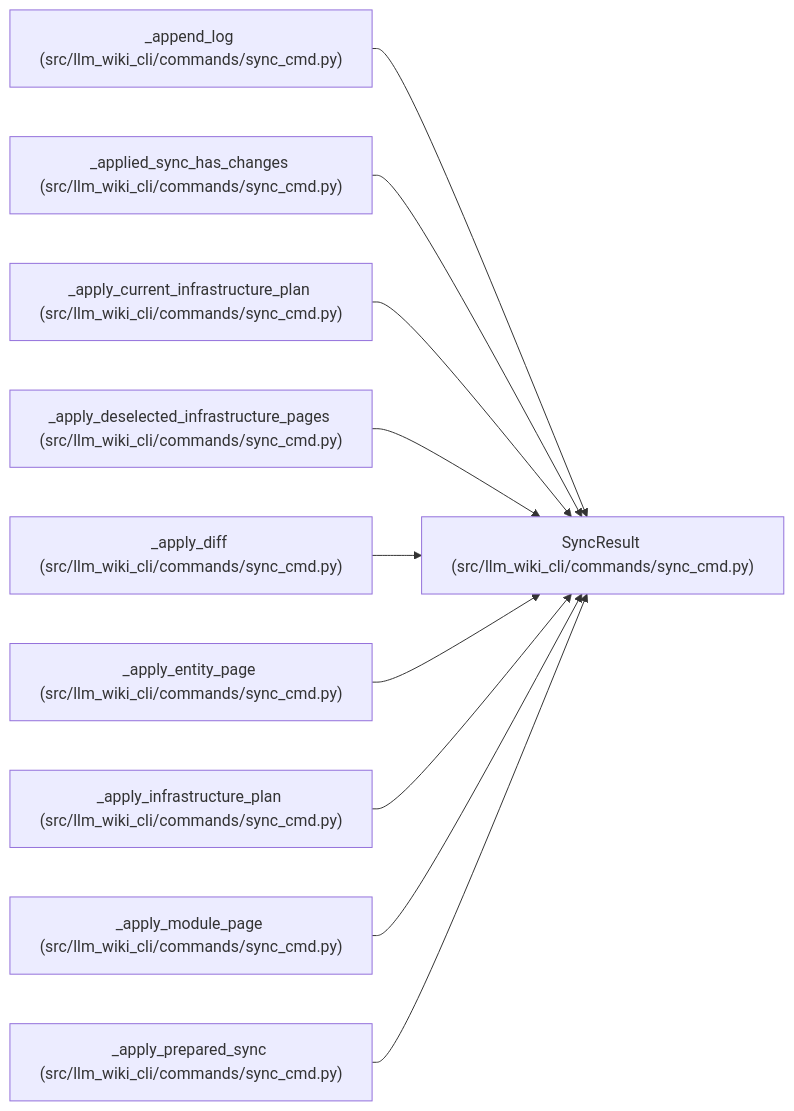
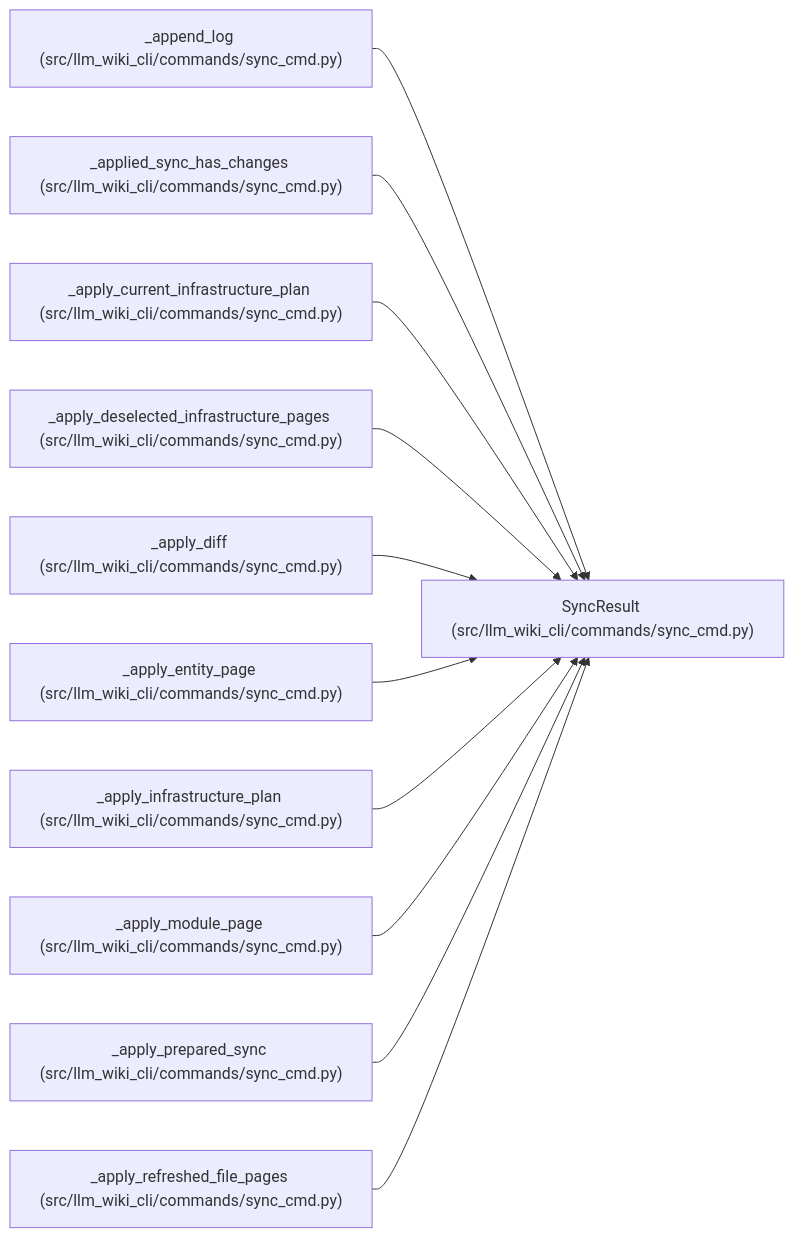
The diagram in docs/llm_wiki/entities/SyncResult.md (Denissvgn/python-wiki-llm), drawn with Mermaid before and after one commit. The commit also changed other lines of this file and 493 other files, not shown here.

````diff
--- a/docs/llm_wiki/entities/SyncResult.md
+++ b/docs/llm_wiki/entities/SyncResult.md
@@ -32,32 +32,35 @@
 ```mermaid
 flowchart LR
     n0["SyncResult (src/llm_wiki_cli/commands/sync_cmd.py)"]
     n1["_append_log (src/llm_wiki_cli/commands/sync_cmd.py)"]
     n2["_applied_sync_has_changes (src/llm_wiki_cli/commands/sync_cmd.py)"]
     n3["_apply_current_infrastructure_plan (src/llm_wiki_cli/commands/sync_cmd.py)"]
     n4["_apply_deselected_infrastructure_pages (src/llm_wiki_cli/commands/sync_cmd.py)"]
     n5["_apply_diff (src/llm_wiki_cli/commands/sync_cmd.py)"]
     n6["_apply_entity_page (src/llm_wiki_cli/commands/sync_cmd.py)"]
     n7["_apply_infrastructure_plan (src/llm_wiki_cli/commands/sync_cmd.py)"]
     n8["_apply_module_page (src/llm_wiki_cli/commands/sync_cmd.py)"]
     n9["_apply_prepared_sync (src/llm_wiki_cli/commands/sync_cmd.py)"]
+    n10["_apply_refreshed_file_pages (src/llm_wiki_cli/commands/sync_cmd.py)"]
     n1 --> n0
     n2 --> n0
     n3 --> n0
     n4 --> n0
     n5 --> n0
     n6 --> n0
     n7 --> n0
     n8 --> n0
     n9 --> n0
+    n10 --> n0
     click n0 "../modules/sync_cmd.md"
     click n1 "../modules/sync_cmd.md"
     click n2 "../modules/sync_cmd.md"
     click n3 "../modules/sync_cmd.md"
     click n4 "../modules/sync_cmd.md"
     click n5 "../modules/sync_cmd.md"
     click n6 "../modules/sync_cmd.md"
     click n7 "../modules/sync_cmd.md"
     click n8 "../modules/sync_cmd.md"
     click n9 "../modules/sync_cmd.md"
+    click n10 "../modules/sync_cmd.md"
 ```
````
